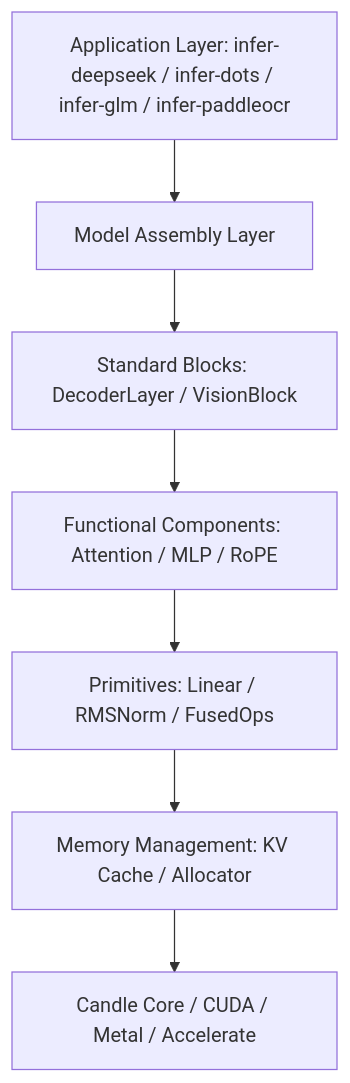
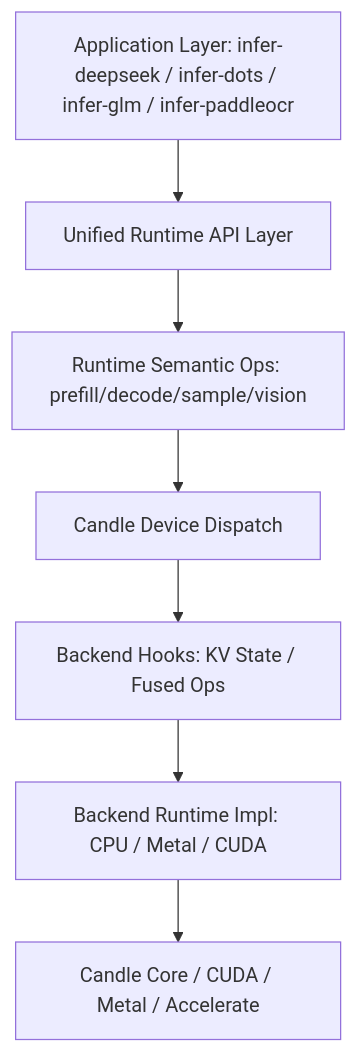
The diagram in PLAN.md (TimmyOVO/deepseek-ocr.rs), drawn with Mermaid before and after one commit. The commit also changed other lines of this file and 8 other files, not shown here.

Commit message:
feat(core): add unified OCR inference engine and runtime backend modules

````diff
--- a/PLAN.md
+++ b/PLAN.md
@@ -54,9 +54,9 @@
 ```mermaid
 graph TD
-    A[Application Layer: infer-deepseek / infer-dots / infer-glm / infer-paddleocr] --> B[Model Assembly Layer]
-    B --> C[Standard Blocks: DecoderLayer / VisionBlock]
-    C --> D[Functional Components: Attention / MLP / RoPE]
-    D --> E[Primitives: Linear / RMSNorm / FusedOps]
-    E --> F[Memory Management: KV Cache / Allocator]
+    A[Application Layer: infer-deepseek / infer-dots / infer-glm / infer-paddleocr] --> B[Unified Runtime API Layer]
+    B --> C[Runtime Semantic Ops: prefill/decode/sample/vision]
+    C --> D[Candle Device Dispatch]
+    D --> E[Backend Hooks: KV State / Fused Ops]
+    E --> F[Backend Runtime Impl: CPU / Metal / CUDA]
     F --> G[Candle Core / CUDA / Metal / Accelerate]
 ```
````
